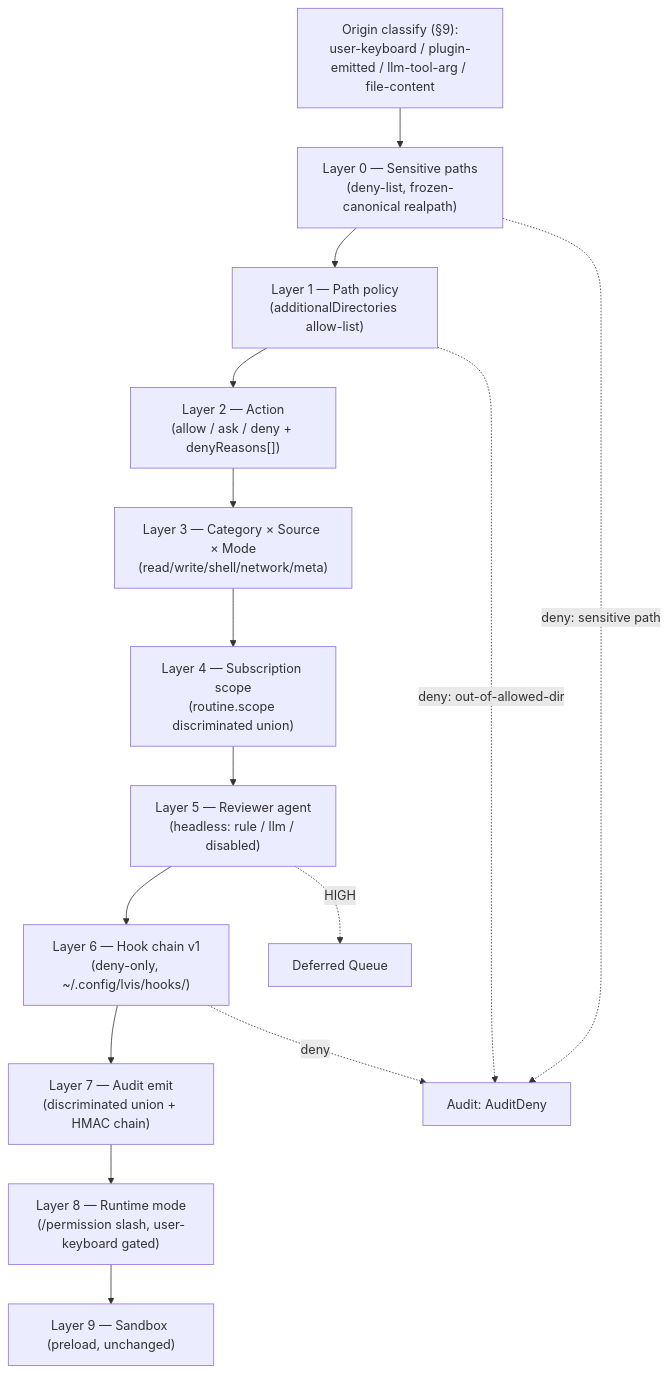
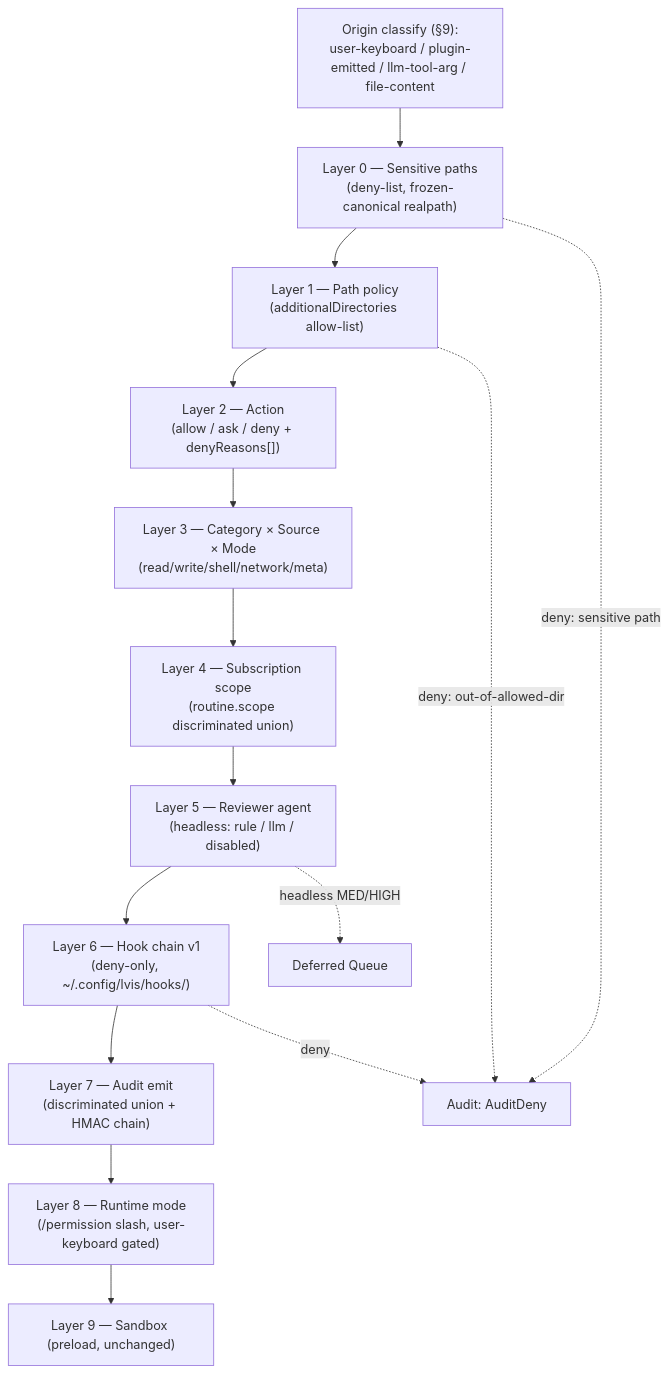
Before and after one commit to lvis-project/lvis-app: diagram 19 of 44 in docs/architecture/architecture.md, drawn with Mermaid. The commit also changed other lines of this file and 4 other files, not shown here.

First line of the commit message:
Align deferred queue wording with non-low reviewer policy

````diff
--- a/docs/architecture/architecture.md
+++ b/docs/architecture/architecture.md
@@ -1429,20 +1429,20 @@
 ```mermaid
 flowchart TB
     INPUT["Origin classify (§9):<br/>user-keyboard / plugin-emitted / llm-tool-arg / file-content"]
 
     INPUT --> L0["Layer 0 — Sensitive paths<br/>(deny-list, frozen-canonical realpath)"]
     L0 --> L1["Layer 1 — Path policy<br/>(additionalDirectories allow-list)"]
     L1 --> L2["Layer 2 — Action<br/>(allow / ask / deny + denyReasons[])"]
     L2 --> L3["Layer 3 — Category × Source × Mode<br/>(read/write/shell/network/meta)"]
     L3 --> L4["Layer 4 — Subscription scope<br/>(routine.scope discriminated union)"]
     L4 --> L5["Layer 5 — Reviewer agent<br/>(headless: rule / llm / disabled)"]
     L5 --> L6["Layer 6 — Hook chain v1<br/>(deny-only, ~/.config/lvis/hooks/)"]
     L6 --> L7["Layer 7 — Audit emit<br/>(discriminated union + HMAC chain)"]
     L7 --> L8["Layer 8 — Runtime mode<br/>(/permission slash, user-keyboard gated)"]
     L8 --> L9["Layer 9 — Sandbox (preload, unchanged)"]
 
     L0 -.->|"deny: sensitive path"| AUDIT_DENY["Audit: AuditDeny"]
     L1 -.->|"deny: out-of-allowed-dir"| AUDIT_DENY
-    L5 -.->|"HIGH"| DEFERRED["Deferred Queue"]
+    L5 -.->|"headless MED/HIGH"| DEFERRED["Deferred Queue"]
     L6 -.->|"deny"| AUDIT_DENY
 ```
````
